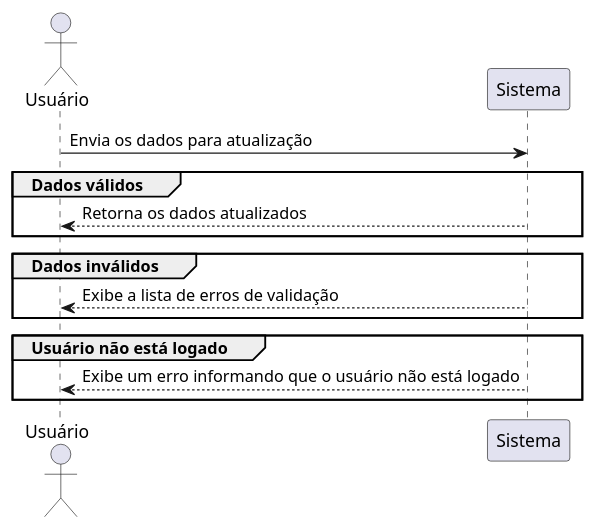
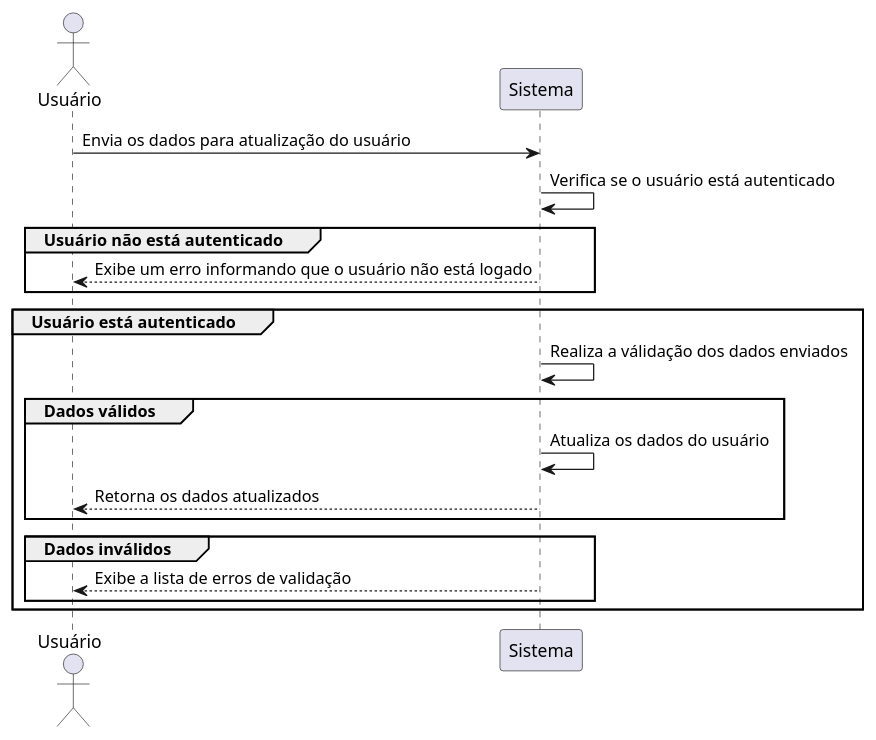
Before and after one commit to CleysonPH/desafio-gastos-pessoais: the diagram in casos-de-uso/USU02.puml, drawn with PlantUML. The commit also changed 15 other files, not shown here.

```diff
--- a/casos-de-uso/USU02.puml
+++ b/casos-de-uso/USU02.puml
@@ -1,20 +1,26 @@
 @startuml USU02
 
 actor Usuário
 participant Sistema
 
-Usuário -> Sistema: Envia os dados para atualização
+Usuário -> Sistema: Envia os dados para atualização do usuário
 
-group Dados válidos
-  Sistema --> Usuário: Retorna os dados atualizados
-end
+Sistema -> Sistema: Verifica se o usuário está autenticado
 
-group Dados inválidos
-  Sistema --> Usuário: Exibe a lista de erros de validação
-end
-
-group Usuário não está logado
+group Usuário não está autenticado
   Sistema --> Usuário: Exibe um erro informando que o usuário não está logado
 end
 
+group Usuário está autenticado
+  Sistema -> Sistema: Realiza a válidação dos dados enviados
+
+  group Dados válidos
+    Sistema -> Sistema: Atualiza os dados do usuário
+    Sistema --> Usuário: Retorna os dados atualizados
+  end
+
+  group Dados inválidos
+    Sistema --> Usuário: Exibe a lista de erros de validação
+  end
+end
 @enduml
```
